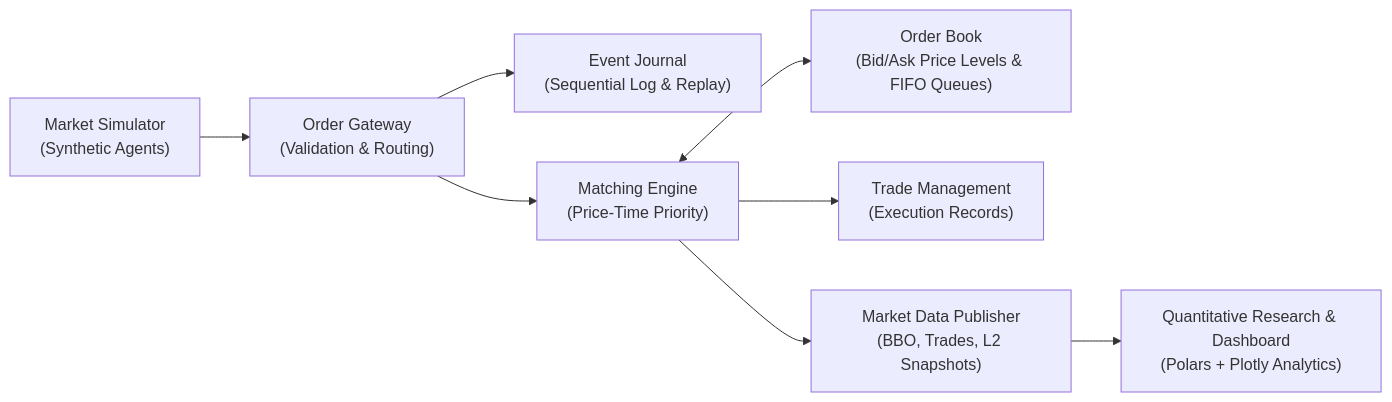
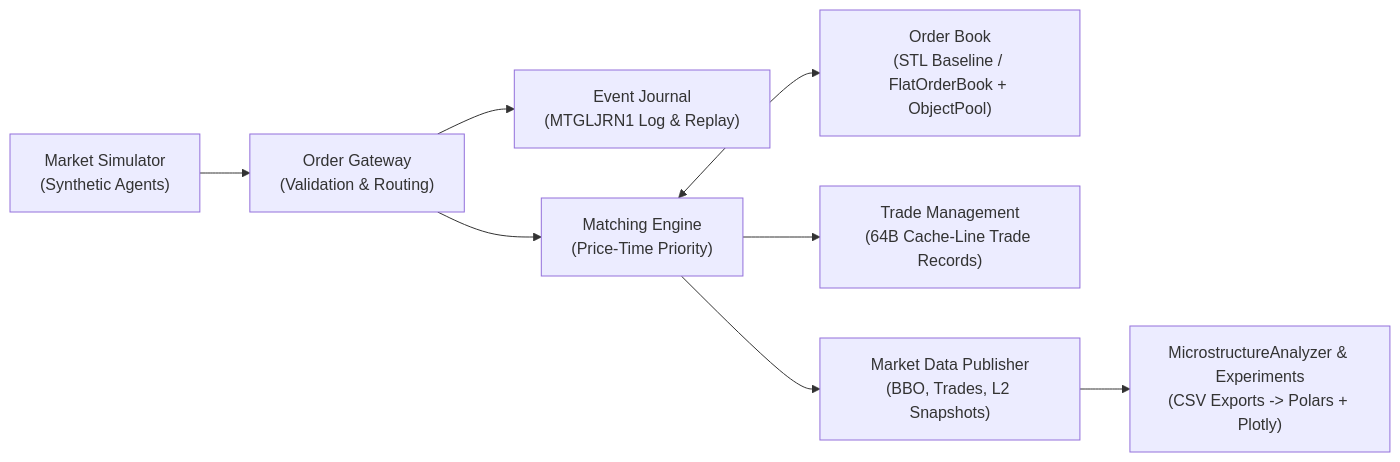
The diagram in README.md (uzansar/martingale), drawn with Mermaid before and after one commit. The commit also changed other lines of this file and 1 other file, not shown here.

````diff
--- a/README.md
+++ b/README.md
@@ -25,10 +27,10 @@
 ```mermaid
 flowchart LR
     Sim["Market Simulator\n(Synthetic Agents)"] --> GW["Order Gateway\n(Validation & Routing)"]
-    GW --> EJ["Event Journal\n(Sequential Log & Replay)"]
+    GW --> EJ["Event Journal\n(MTGLJRN1 Log & Replay)"]
     GW --> ME["Matching Engine\n(Price-Time Priority)"]
-    ME <--> OB["Order Book\n(Bid/Ask Price Levels & FIFO Queues)"]
-    ME --> TM["Trade Management\n(Execution Records)"]
+    ME <--> OB["Order Book\n(STL Baseline / FlatOrderBook + ObjectPool)"]
+    ME --> TM["Trade Management\n(64B Cache-Line Trade Records)"]
     ME --> MDP["Market Data Publisher\n(BBO, Trades, L2 Snapshots)"]
-    MDP --> QR["Quantitative Research & Dashboard\n(Polars + Plotly Analytics)"]
+    MDP --> QR["MicrostructureAnalyzer & Experiments\n(CSV Exports -> Polars + Plotly)"]
 ```
````
